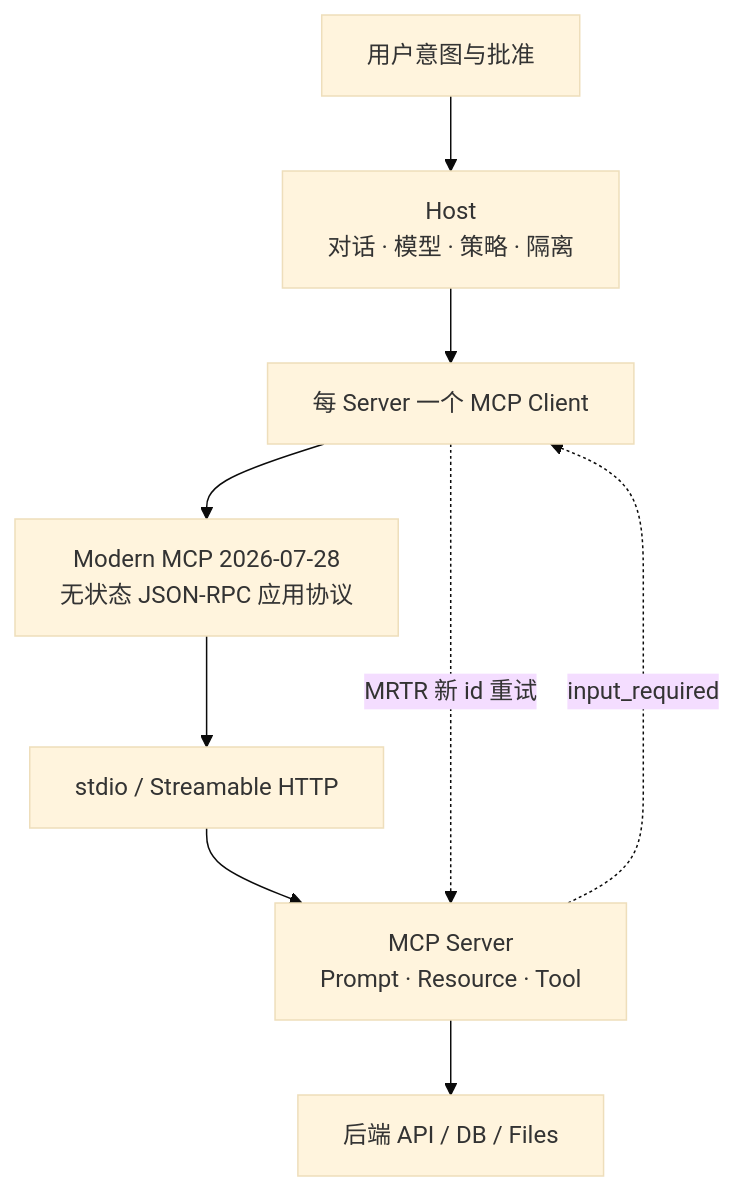
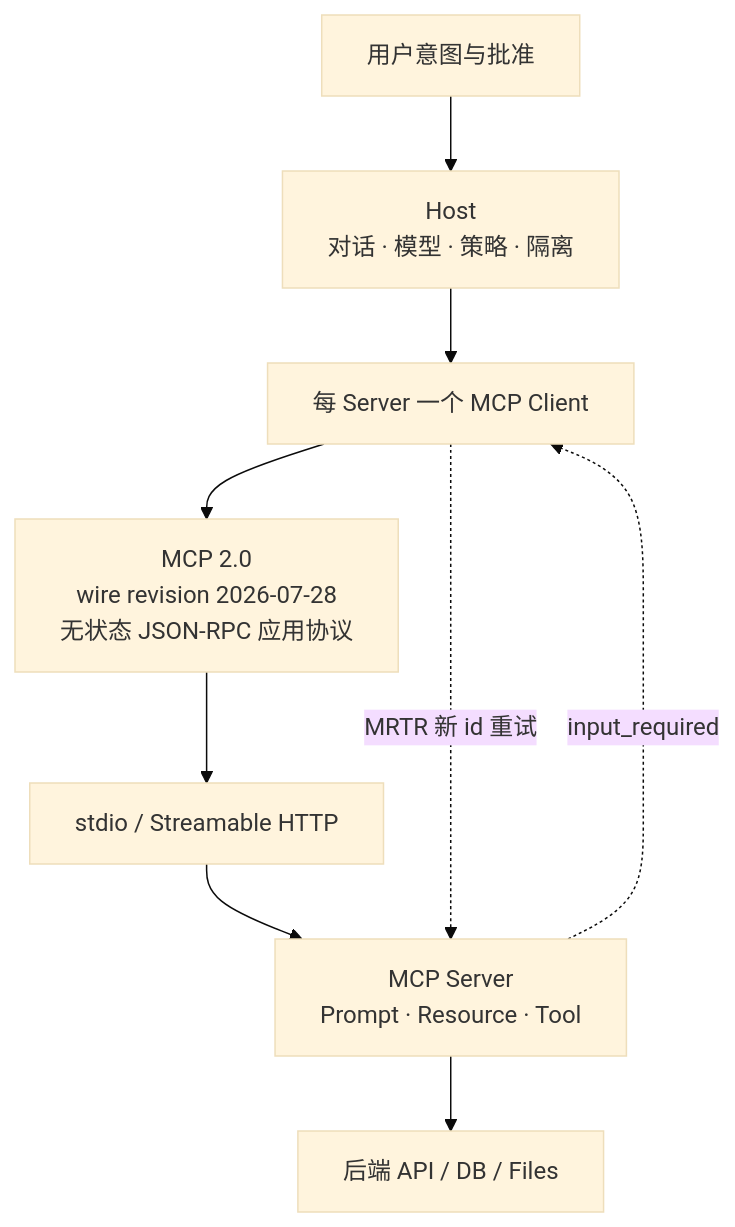
Diagram 27 of 27 in mcp-2.0/MCP_2_0_Research.md (caiboyang/ML-learning), drawn with Mermaid (base theme) before and after one commit. The commit also changed other lines of this file and 2 other files, not shown here.

Commit message:
Address MCP guide audit feedback

````diff
--- a/mcp-2.0/MCP_2_0_Research.md
+++ b/mcp-2.0/MCP_2_0_Research.md
@@ -2615,13 +3104,13 @@
 ```mermaid
 flowchart TB
     U["用户意图与批准"]
     H["Host<br/>对话 · 模型 · 策略 · 隔离"]
     C["每 Server 一个 MCP Client"]
-    P["Modern MCP 2026-07-28<br/>无状态 JSON-RPC 应用协议"]
+    P["MCP 2.0<br/>wire revision 2026-07-28<br/>无状态 JSON-RPC 应用协议"]
     T["stdio / Streamable HTTP"]
     S["MCP Server<br/>Prompt · Resource · Tool"]
     B["后端 API / DB / Files"]
     U --> H --> C --> P --> T --> S --> B
     S -. "input_required" .-> C
     C -. "MRTR 新 id 重试" .-> S
 ```
````
